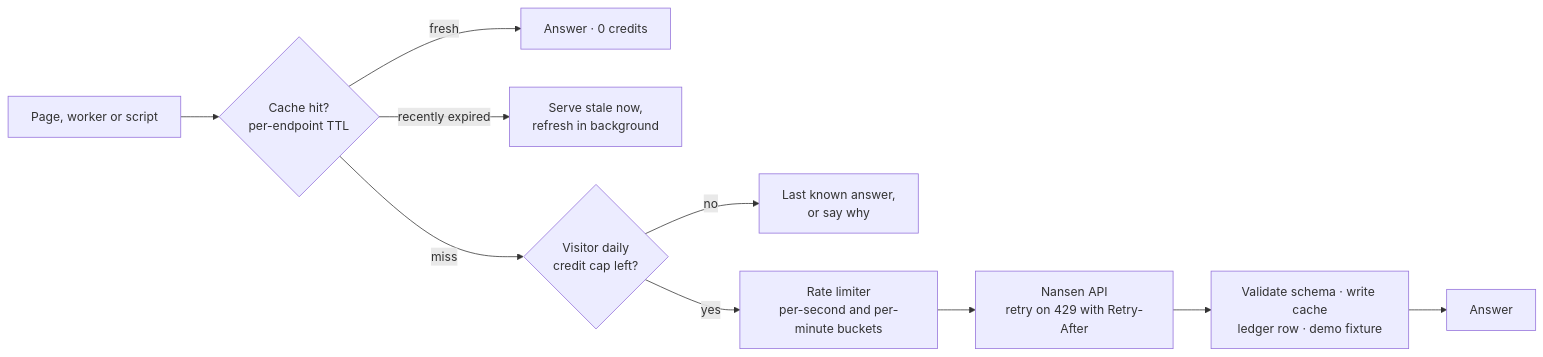
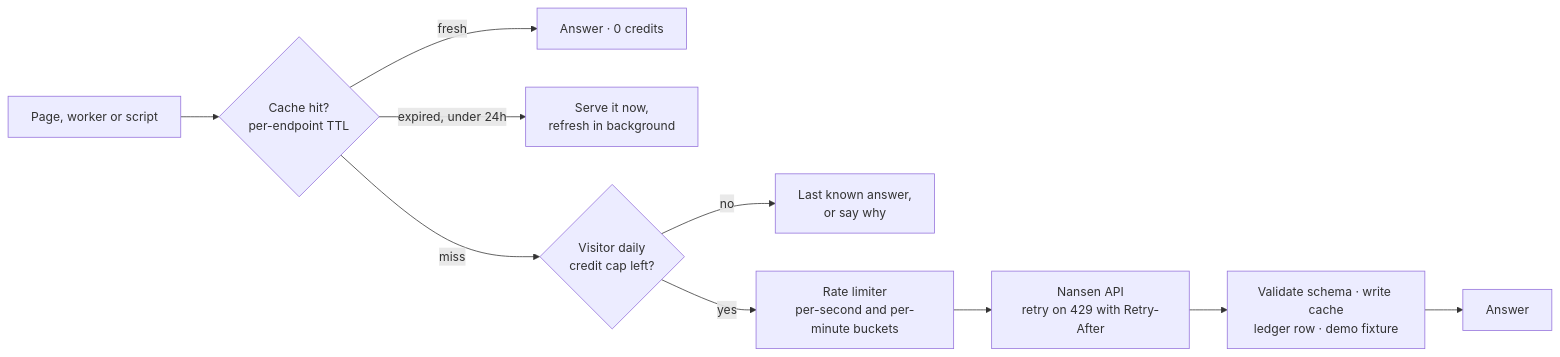
The fifth of 5 diagrams in README.md (ghostCODERWEB/peregrine-multichain), drawn with Mermaid before and after one commit. The commit also changed other lines of this file and 65 other files, not shown here.

````diff
--- a/README.md
+++ b/README.md
@@ -393,12 +617,12 @@
 ```mermaid
 flowchart LR
   R[Page, worker or script] --> C{Cache hit?<br/>per-endpoint TTL}
   C -->|fresh| A[Answer · 0 credits]
-  C -->|recently expired| S[Serve stale now,<br/>refresh in background]
+  C -->|expired, under 24h| S[Serve it now,<br/>refresh in background]
   C -->|miss| B{Visitor daily<br/>credit cap left?}
   B -->|no| L[Last known answer,<br/>or say why]
   B -->|yes| T[Rate limiter<br/>per-second and per-minute buckets]
   T --> N[Nansen API<br/>retry on 429 with Retry-After]
   N --> V[Validate schema · write cache<br/>ledger row · demo fixture]
   V --> A2[Answer]
 ```
````
